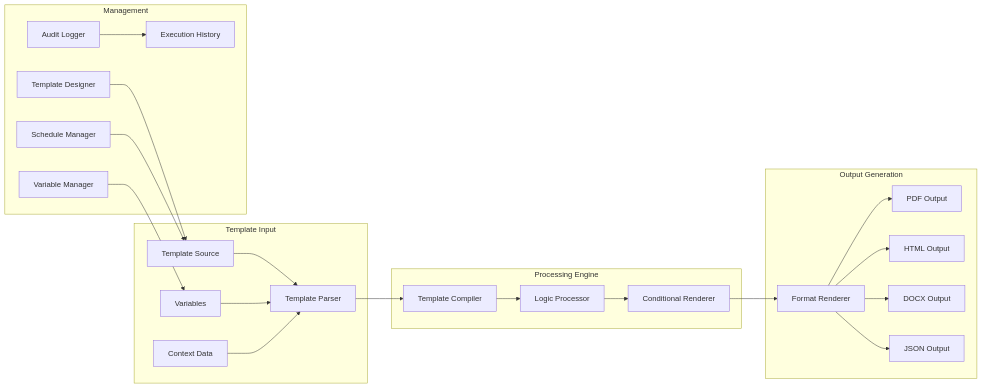
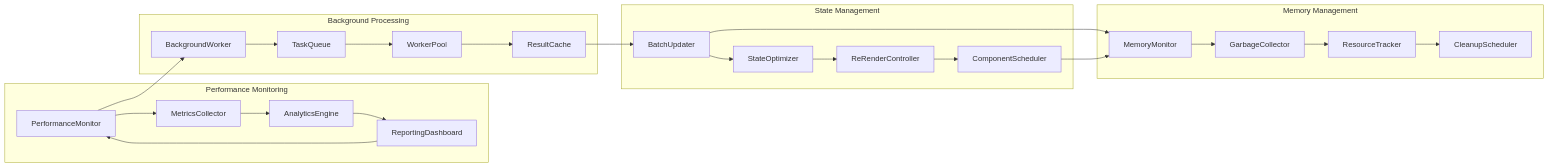
One commit to franckylab/eLISAschool changed the sixth of 14 diagrams in .qoder/repowiki/en/content/System Architecture/Frontend Architecture/Component Architecture/Component Architecture.md. Above: the diagram before and after it, drawn with Mermaid. The commit also changed other lines of this file and 97 other files, not shown here.

````diff
--- a/.qoder/repowiki/en/content/System Architecture/Frontend Architecture/Component Architecture/Component Architecture.md
+++ b/.qoder/repowiki/en/content/System Architecture/Frontend Architecture/Component Architecture/Component Architecture.md
@@ -396,26 +533,28 @@
 ```mermaid
 graph LR
-subgraph "Template Input"
-A[Template Source] --> B[Template Parser]
-C[Variables] --> B
-D[Context Data] --> B
+subgraph "Performance Monitoring"
+A[PerformanceMonitor] --> B[MetricsCollector]
+B --> C[AnalyticsEngine]
+C --> D[ReportingDashboard]
 end
-subgraph "Processing Engine"
-B --> E[Template Compiler]
-E --> F[Logic Processor]
-F --> G[Conditional Renderer]
+subgraph "Background Processing"
+E[BackgroundWorker] --> F[TaskQueue]
+F --> G[WorkerPool]
+G --> H[ResultCache]
 end
-subgraph "Output Generation"
-G --> H[Format Renderer]
-H --> I[PDF Output]
-H --> J[HTML Output]
-H --> K[DOCX Output]
-H --> L[JSON Output]
+subgraph "State Management"
+I[BatchUpdater] --> J[StateOptimizer]
+J --> K[ReRenderController]
+K --> L[ComponentScheduler]
 end
-subgraph "Management"
-M[Template Designer] --> A
-N[Variable Manager] --> C
-O[Schedule Manager] --> A
-P[Audit Logger] --> Q[Execution History]
+subgraph "Memory Management"
+M[MemoryMonitor] --> N[GarbageCollector]
+N --> O[ResourceTracker]
+O --> P[CleanupScheduler]
 end
+A --> E
+I --> M
+D --> A
+H --> I
+L --> M
 ```
````
